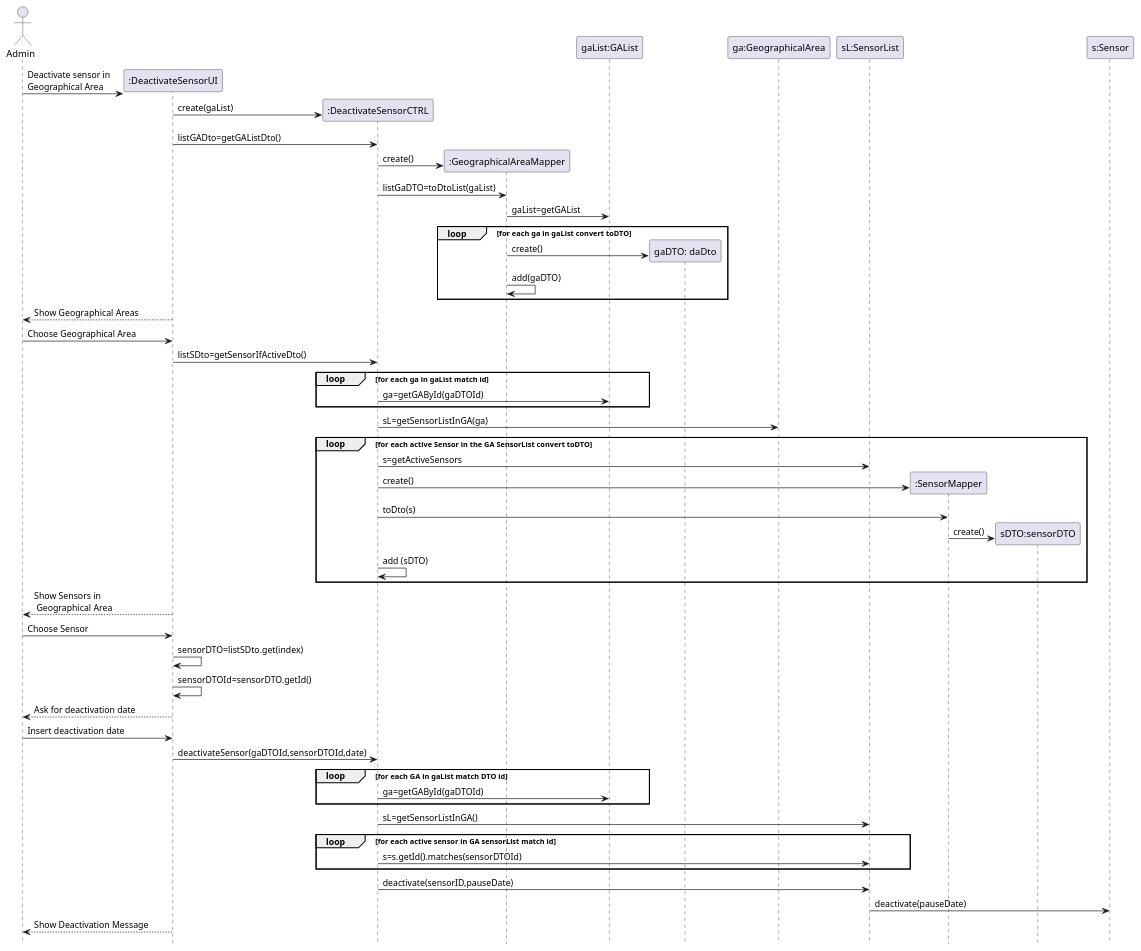
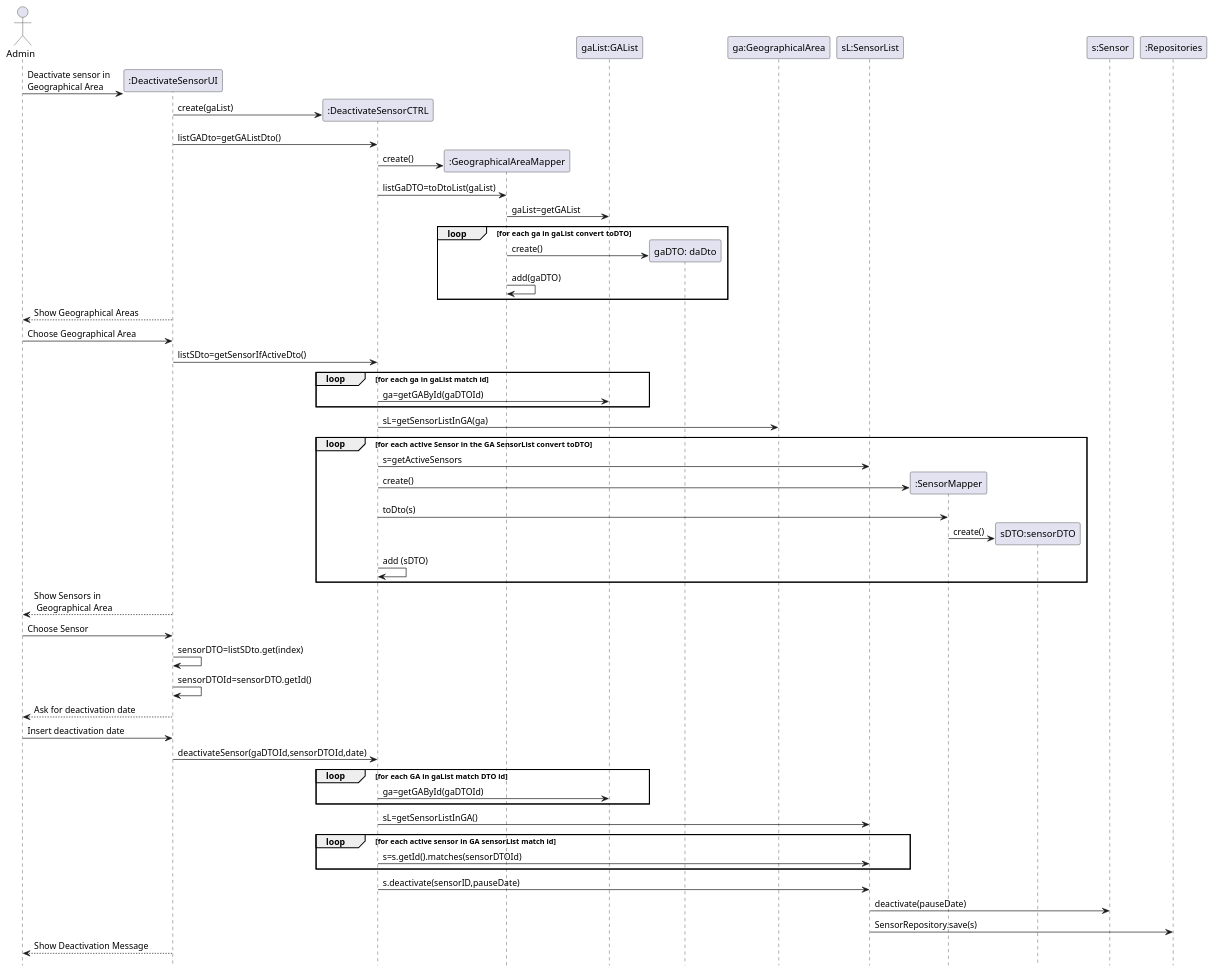
The diagram in src/main/java/smarthome/controller/sequenceDiagrams/sd_DeactivateSensor.puml (emanuel-pereira/hou), drawn with PlantUML before and after one commit. The commit also changed 2 other files, not shown here.

Commit message:
Update Diagrams. Ref #119

```diff
--- a/src/main/java/smarthome/controller/sequenceDiagrams/sd_DeactivateSensor.puml
+++ b/src/main/java/smarthome/controller/sequenceDiagrams/sd_DeactivateSensor.puml
@@ -1,68 +1,69 @@
 @startuml
 hidefootbox
 actor Admin
 
 create ":DeactivateSensorUI"
 Admin -> ":DeactivateSensorUI":  Deactivate sensor in \nGeographical Area
 create ":DeactivateSensorCTRL"
 ":DeactivateSensorUI" -> ":DeactivateSensorCTRL": create(gaList)
 
 ":DeactivateSensorUI" -> ":DeactivateSensorCTRL": listGADto=getGAListDto()
 
 create ":GeographicalAreaMapper"
 ":DeactivateSensorCTRL"->":GeographicalAreaMapper":create()
 ":DeactivateSensorCTRL"->":GeographicalAreaMapper":listGaDTO=toDtoList(gaList)
 ":GeographicalAreaMapper" -> "gaList:GAList": gaList=getGAList
 
 loop for each ga in gaList convert toDTO
 create "gaDTO: daDto"
 ":GeographicalAreaMapper"->"gaDTO: daDto":create()
 ":GeographicalAreaMapper"->":GeographicalAreaMapper":add(gaDTO)
 end
 
 Admin <-- ":DeactivateSensorUI": Show Geographical Areas
 Admin -> ":DeactivateSensorUI": Choose Geographical Area
 
 
 ":DeactivateSensorUI" -> ":DeactivateSensorCTRL": listSDto=getSensorIfActiveDto()
 loop for each ga in gaList match id
 ":DeactivateSensorCTRL"->"gaList:GAList": ga=getGAById(gaDTOId)
 end
 
 ":DeactivateSensorCTRL"->"ga:GeographicalArea":sL=getSensorListInGA(ga)
 
 loop for each active Sensor in the GA SensorList convert toDTO
 ":DeactivateSensorCTRL" -> "sL:SensorList":s=getActiveSensors
 create ":SensorMapper"
 ":DeactivateSensorCTRL"->":SensorMapper":create()
 ":DeactivateSensorCTRL"->":SensorMapper":toDto(s)
 create "sDTO:sensorDTO"
 ":SensorMapper"->"sDTO:sensorDTO":create()
 ":DeactivateSensorCTRL" -> ":DeactivateSensorCTRL":add (sDTO)
 end
 
 Admin <-- ":DeactivateSensorUI": Show Sensors in\n Geographical Area
 Admin -> ":DeactivateSensorUI": Choose Sensor
 
 ":DeactivateSensorUI" -> ":DeactivateSensorUI":sensorDTO=listSDto.get(index)
 ":DeactivateSensorUI" -> ":DeactivateSensorUI":sensorDTOId=sensorDTO.getId()
 
 Admin <-- ":DeactivateSensorUI": Ask for deactivation date
 Admin -> ":DeactivateSensorUI": Insert deactivation date
 
 ":DeactivateSensorUI" -> ":DeactivateSensorCTRL":deactivateSensor(gaDTOId,sensorDTOId,date)
 
 loop for each GA in gaList match DTO id
 ":DeactivateSensorCTRL"->"gaList:GAList": ga=getGAById(gaDTOId)
 end
 ":DeactivateSensorCTRL"->"sL:SensorList": sL=getSensorListInGA()
 loop for each active sensor in GA sensorList match id
 ":DeactivateSensorCTRL"->"sL:SensorList": s=s.getId().matches(sensorDTOId)
 end
-":DeactivateSensorCTRL"->"sL:SensorList":deactivate(sensorID,pauseDate)
+":DeactivateSensorCTRL"->"sL:SensorList":s.deactivate(sensorID,pauseDate)
 "sL:SensorList"->"s:Sensor":deactivate(pauseDate)
+"sL:SensorList" -> ":Repositories":SensorRepository.save(s)
 
 
 Admin <-- ":DeactivateSensorUI": Show Deactivation Message
 
 @enduml
```
